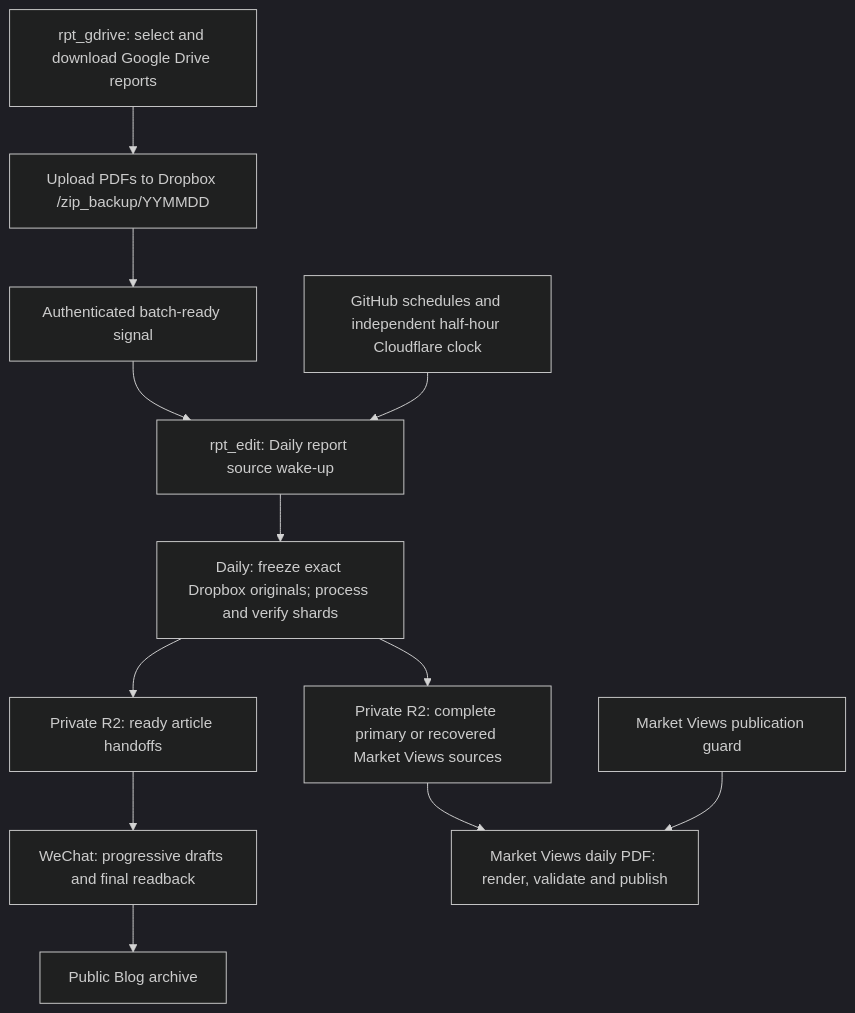
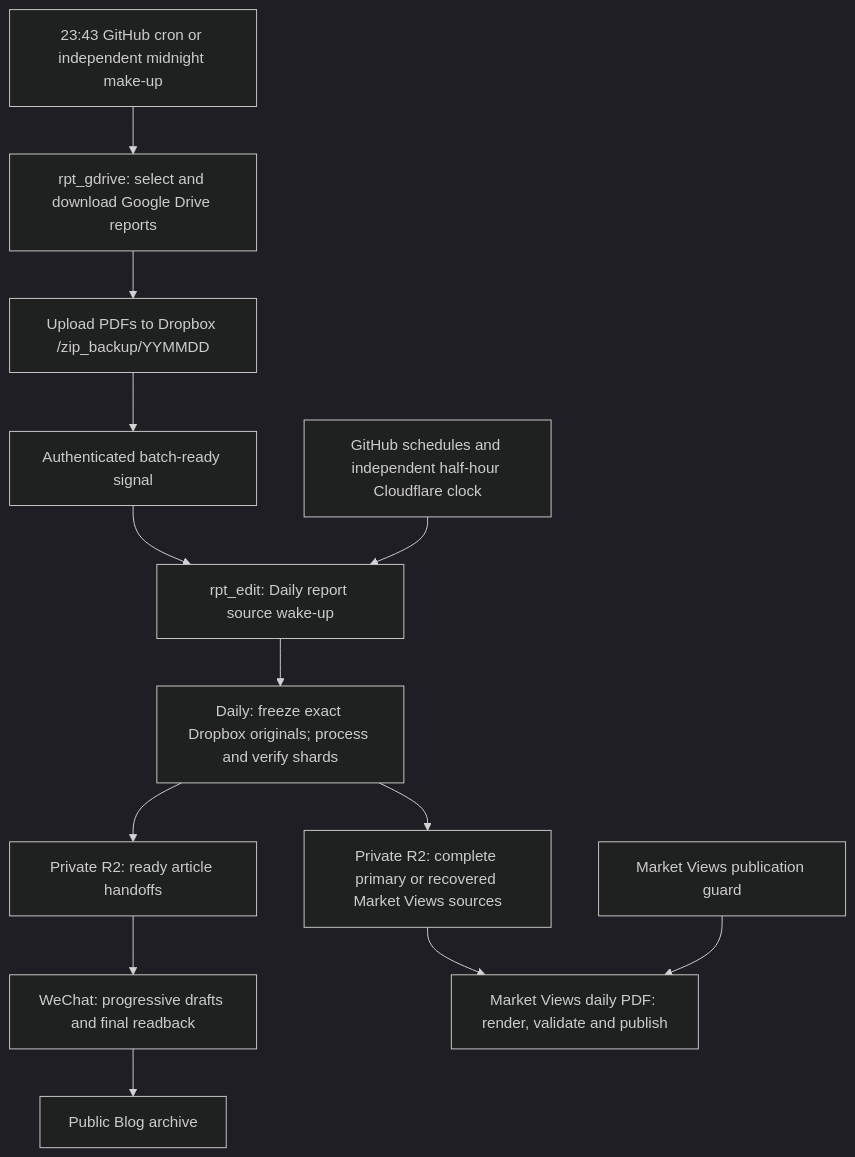
One commit to yt-feng/rpt_edit changed the diagram in docs/daily-dropbox-report-handoff.md. Above: the diagram before and after it, drawn with Mermaid (dark theme). The commit also changed other lines of this file and 11 other files, not shown here.

````diff
--- a/docs/daily-dropbox-report-handoff.md
+++ b/docs/daily-dropbox-report-handoff.md
@@ -6,14 +6,15 @@
 ```mermaid
 flowchart TD
+  Q["23:43 GitHub cron or independent midnight make-up"] --> A
   A["rpt_gdrive: select and download Google Drive reports"] --> B["Upload PDFs to Dropbox /zip_backup/YYMMDD"]
   B --> R["Authenticated batch-ready signal"]
   R --> C["rpt_edit: Daily report source wake-up"]
   S["GitHub schedules and independent half-hour Cloudflare clock"] --> C
   C --> D["Daily: freeze exact Dropbox originals; process and verify shards"]
   D --> E["Private R2: ready article handoffs"]
   E --> F["WeChat: progressive drafts and final readback"]
   F --> G["Public Blog archive"]
   D --> H["Private R2: complete primary or recovered Market Views sources"]
   H --> I["Market Views daily PDF: render, validate and publish"]
   J["Market Views publication guard"] --> I
 ```
````
